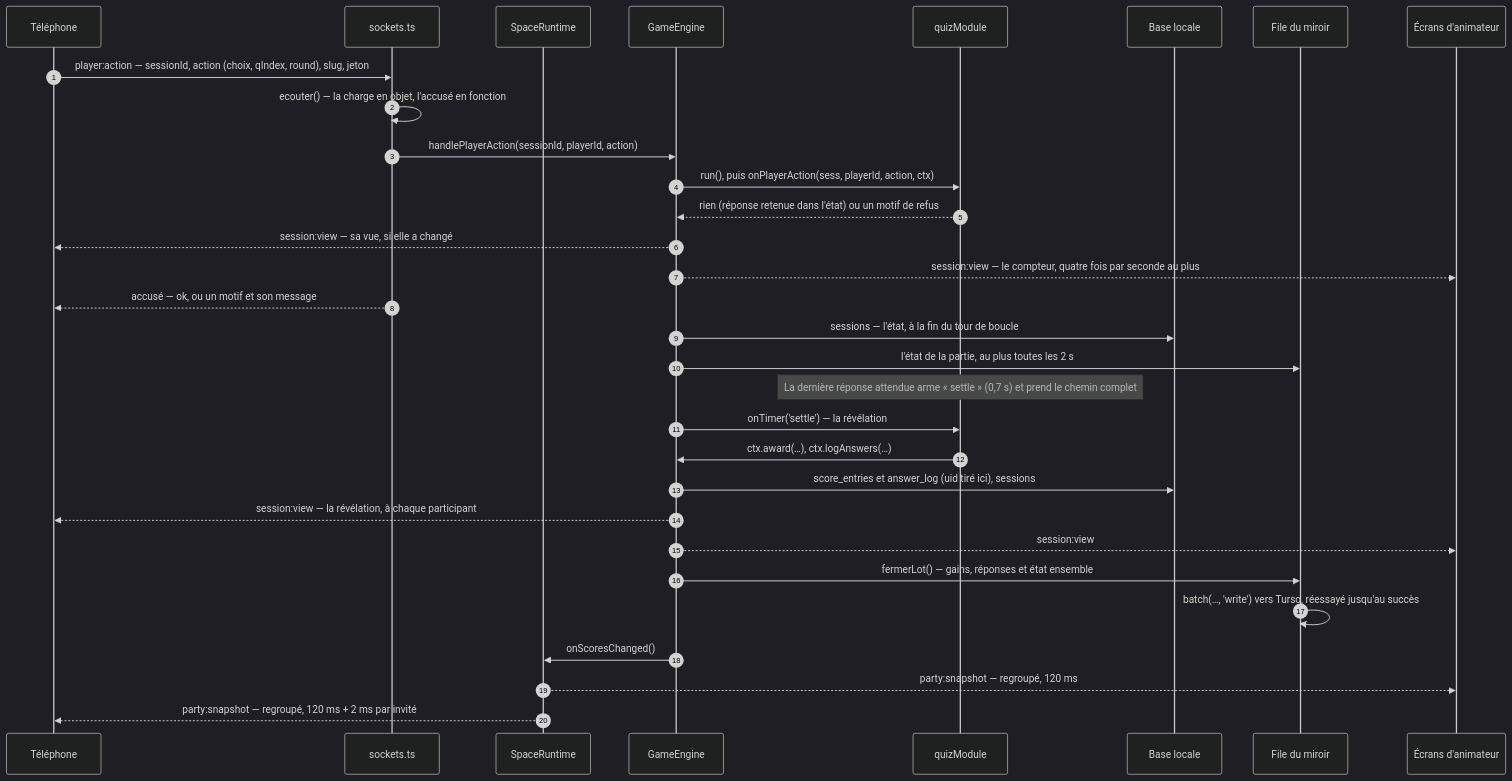
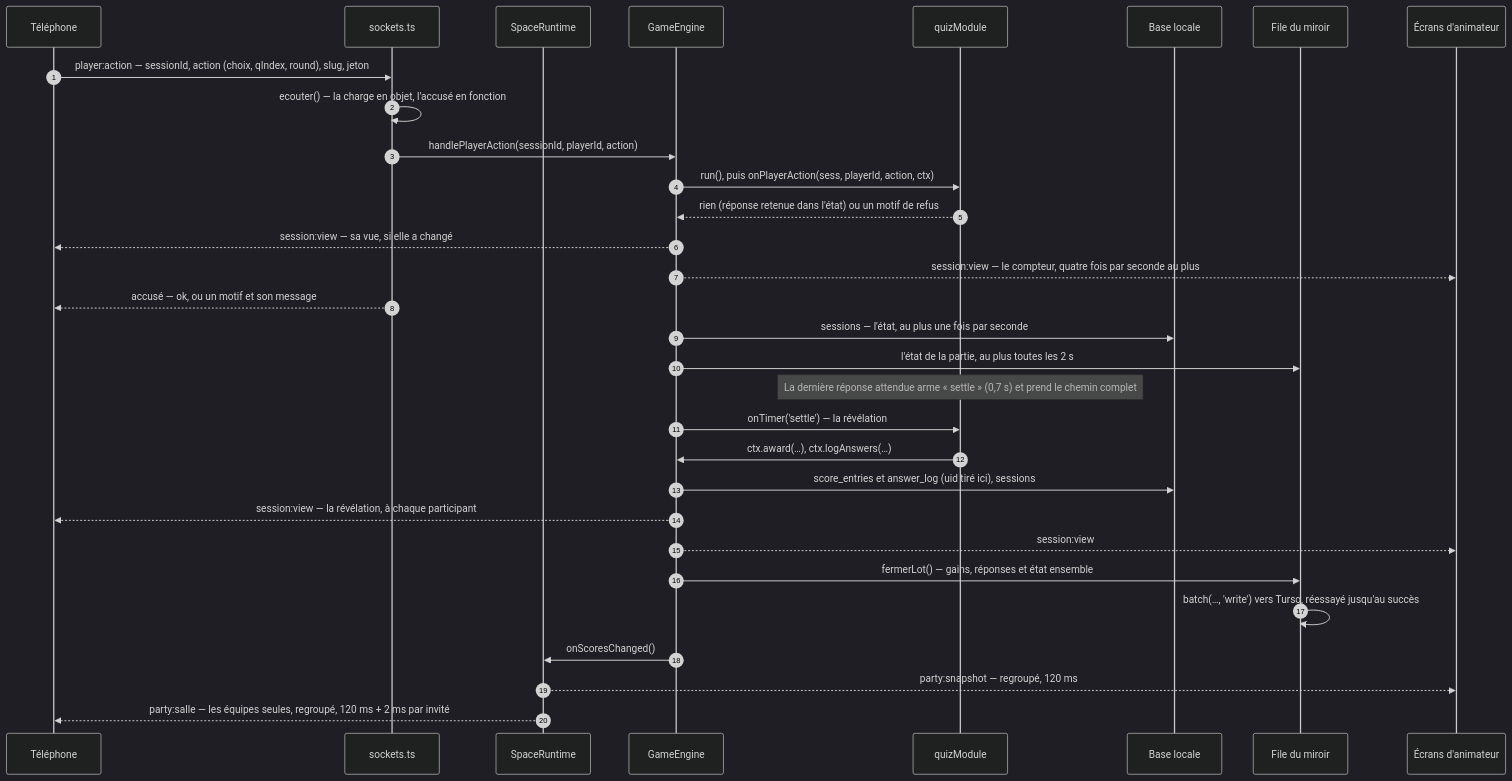
Before and after one commit to Maxilyas/FiestApp: the second of 3 diagrams in docs/architecture/vue-d-ensemble.md, drawn with Mermaid (dark theme). The commit also changed other lines of this file and 19 other files, not shown here.

First line of the commit message:
La salle ne part plus entière aux téléphones : ce qui change, et les points au podium

````diff
--- a/docs/architecture/vue-d-ensemble.md
+++ b/docs/architecture/vue-d-ensemble.md
@@ -117,33 +117,33 @@
 ```mermaid
 sequenceDiagram
   autonumber
   participant T as Téléphone
   participant S as sockets.ts
   participant R as SpaceRuntime
   participant M as GameEngine
   participant Q as quizModule
   participant L as Base locale
   participant F as File du miroir
   participant E as Écrans d'animateur
   T->>S: player:action — sessionId, action (choix, qIndex, round), slug, jeton
   S->>S: ecouter() — la charge en objet, l'accusé en fonction
   S->>M: handlePlayerAction(sessionId, playerId, action)
   M->>Q: run(), puis onPlayerAction(sess, playerId, action, ctx)
   Q-->>M: rien (réponse retenue dans l'état) ou un motif de refus
   M-->>T: session:view — sa vue, si elle a changé
   M-->>E: session:view — le compteur, quatre fois par seconde au plus
   S-->>T: accusé — ok, ou un motif et son message
-  M->>L: sessions — l'état, à la fin du tour de boucle
+  M->>L: sessions — l'état, au plus une fois par seconde
   M->>F: l'état de la partie, au plus toutes les 2 s
   Note over Q: La dernière réponse attendue arme « settle » (0,7 s) et prend le chemin complet
   M->>Q: onTimer('settle') — la révélation
   Q->>M: ctx.award(…), ctx.logAnswers(…)
   M->>L: score_entries et answer_log (uid tiré ici), sessions
   M-->>T: session:view — la révélation, à chaque participant
   M-->>E: session:view
   M->>F: fermerLot() — gains, réponses et état ensemble
   F->>F: batch(…, 'write') vers Turso, réessayé jusqu'au succès
   M->>R: onScoresChanged()
   R-->>E: party:snapshot — regroupé, 120 ms
-  R-->>T: party:snapshot — regroupé, 120 ms + 2 ms par invité
+  R-->>T: party:salle — les équipes seules, regroupé, 120 ms + 2 ms par invité
 ```
````
